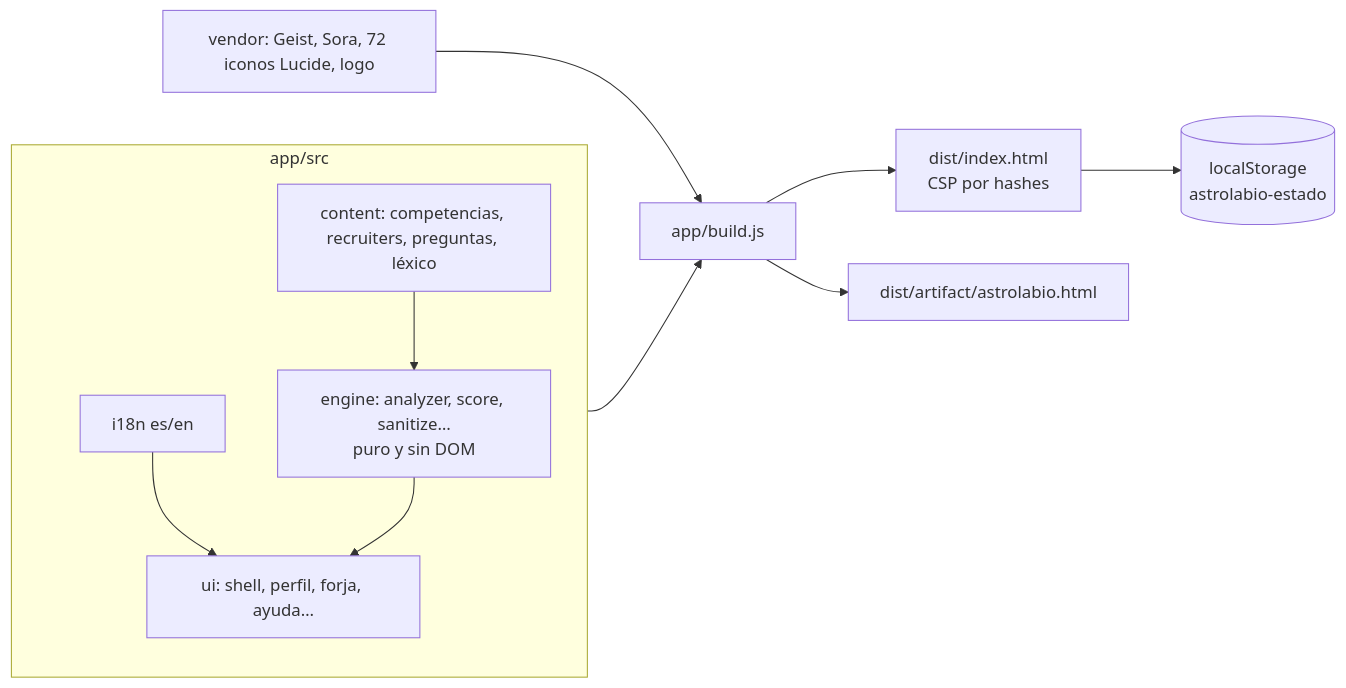
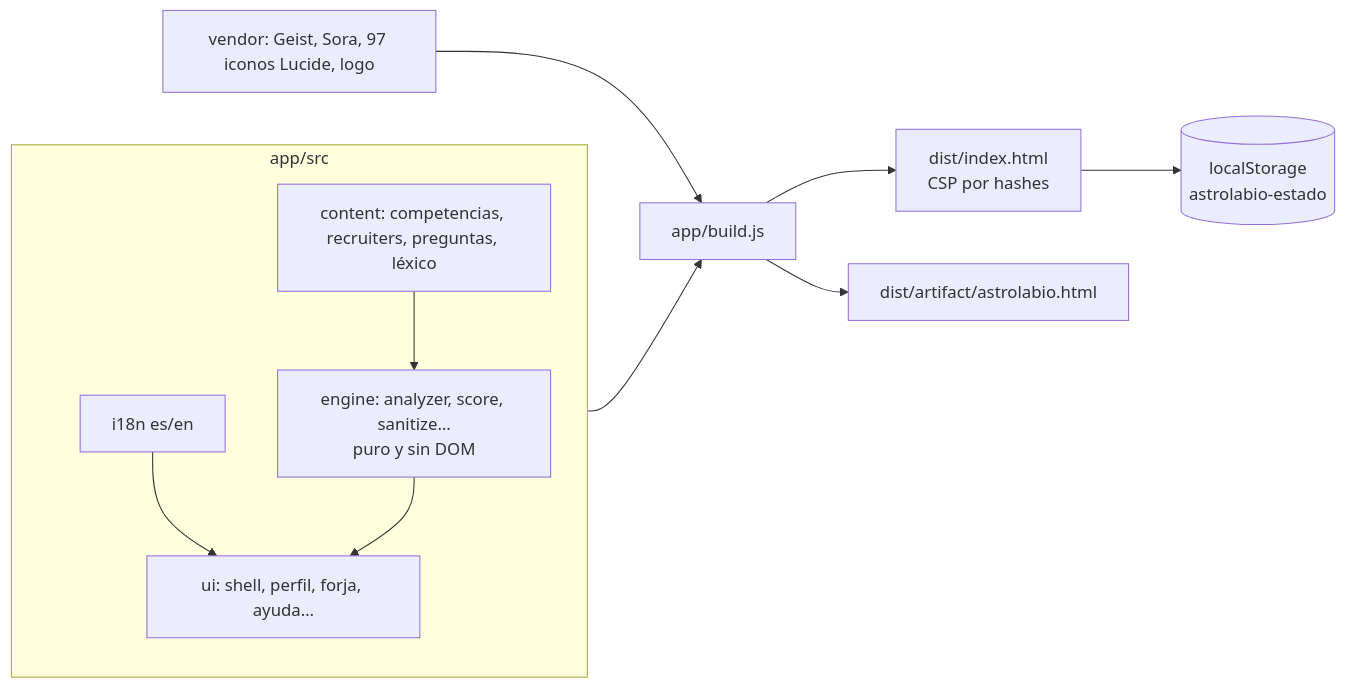
One commit to heindall92/astrolabio changed the fourth of 4 diagrams in README.md. Above: the diagram before and after it, drawn with Mermaid. The commit also changed other lines of this file and 40 other files, not shown here.

````diff
--- a/README.md
+++ b/README.md
@@ -149,13 +151,13 @@
 ```mermaid
 flowchart LR
   subgraph src[app/src]
     I18N[i18n es/en] --> UI
     CONT[content: competencias, recruiters, preguntas, léxico] --> ENG
     ENG[engine: analyzer, score, sanitize…<br/>puro y sin DOM] --> UI[ui: shell, perfil, forja, ayuda…]
   end
-  V[vendor: Geist, Sora, 72 iconos Lucide, logo] --> B
+  V[vendor: Geist, Sora, 97 iconos Lucide, logo] --> B
   src --> B[app/build.js]
   B --> D[dist/index.html<br/>CSP por hashes]
   B --> A[dist/artifact/astrolabio.html]
   D --> LS[(localStorage<br/>astrolabio-estado)]
 ```
````
